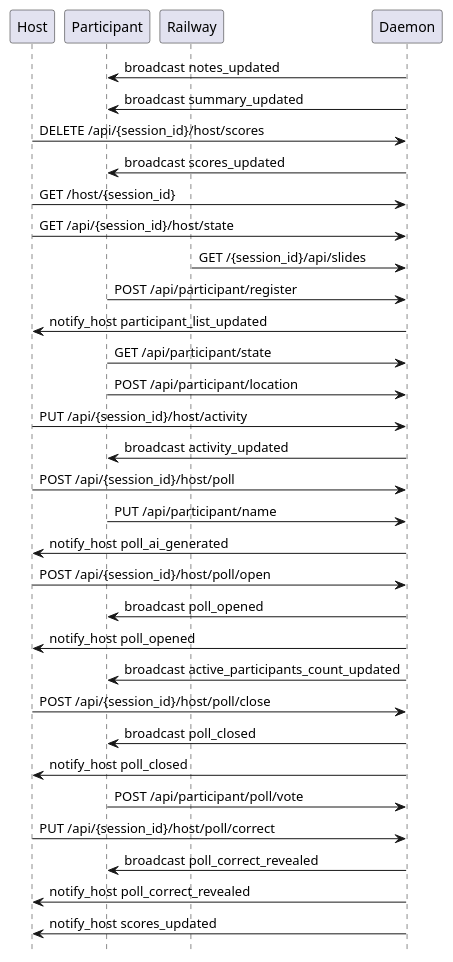
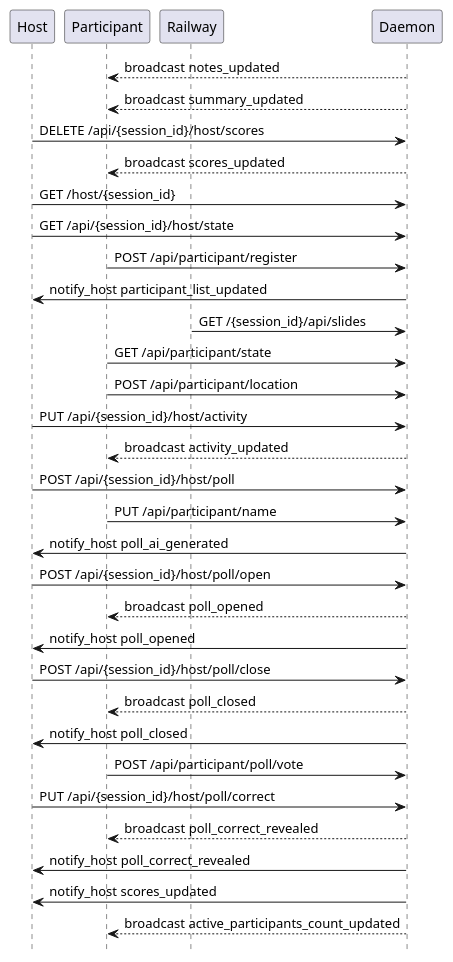
Before and after one commit to victorrentea/training-assistant: the diagram in docs/sequences/generated/03-poll-and-quiz.puml, drawn with PlantUML.

Commit message:
docs: regenerated poll diagram with dotted broadcast arrows and canonical ordering

```diff
--- a/docs/sequences/generated/03-poll-and-quiz.puml
+++ b/docs/sequences/generated/03-poll-and-quiz.puml
@@ -1,38 +1,38 @@
 @startuml
 hide footbox
 
 participant "Host"
 participant "Participant"
 participant "Railway"
 participant "Daemon"
 
-"Daemon" -> "Participant": broadcast notes_updated
-"Daemon" -> "Participant": broadcast summary_updated
+"Daemon" --> "Participant": broadcast notes_updated
+"Daemon" --> "Participant": broadcast summary_updated
 "Host" -> "Daemon": DELETE /api/{session_id}/host/scores
-"Daemon" -> "Participant": broadcast scores_updated
+"Daemon" --> "Participant": broadcast scores_updated
 "Host" -> "Daemon": GET /host/{session_id}
 "Host" -> "Daemon": GET /api/{session_id}/host/state
-"Railway" -> "Daemon": GET /{session_id}/api/slides
 "Participant" -> "Daemon": POST /api/participant/register
 "Daemon" -> "Host": notify_host participant_list_updated
+"Railway" -> "Daemon": GET /{session_id}/api/slides
 "Participant" -> "Daemon": GET /api/participant/state
 "Participant" -> "Daemon": POST /api/participant/location
 "Host" -> "Daemon": PUT /api/{session_id}/host/activity
-"Daemon" -> "Participant": broadcast activity_updated
+"Daemon" --> "Participant": broadcast activity_updated
 "Host" -> "Daemon": POST /api/{session_id}/host/poll
 "Participant" -> "Daemon": PUT /api/participant/name
 "Daemon" -> "Host": notify_host poll_ai_generated
 "Host" -> "Daemon": POST /api/{session_id}/host/poll/open
-"Daemon" -> "Participant": broadcast poll_opened
+"Daemon" --> "Participant": broadcast poll_opened
 "Daemon" -> "Host": notify_host poll_opened
-"Daemon" -> "Participant": broadcast active_participants_count_updated
 "Host" -> "Daemon": POST /api/{session_id}/host/poll/close
-"Daemon" -> "Participant": broadcast poll_closed
+"Daemon" --> "Participant": broadcast poll_closed
 "Daemon" -> "Host": notify_host poll_closed
 "Participant" -> "Daemon": POST /api/participant/poll/vote
 "Host" -> "Daemon": PUT /api/{session_id}/host/poll/correct
-"Daemon" -> "Participant": broadcast poll_correct_revealed
+"Daemon" --> "Participant": broadcast poll_correct_revealed
 "Daemon" -> "Host": notify_host poll_correct_revealed
 "Daemon" -> "Host": notify_host scores_updated
+"Daemon" --> "Participant": broadcast active_participants_count_updated
 
 @enduml
```
